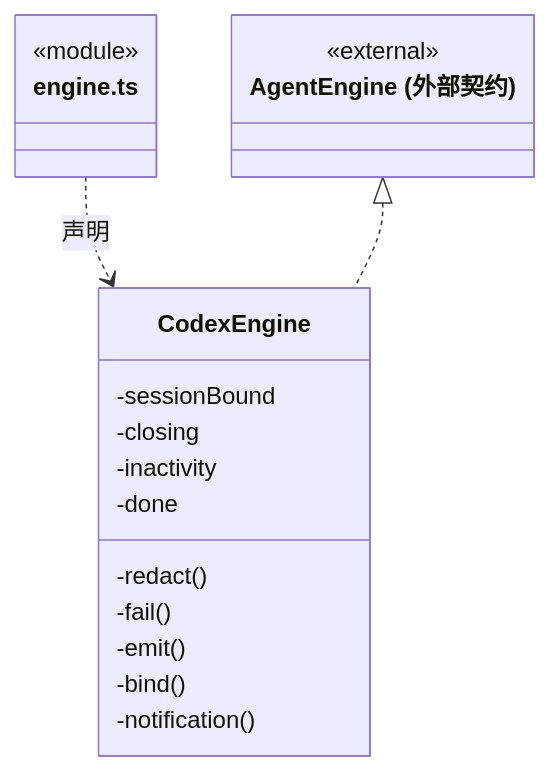
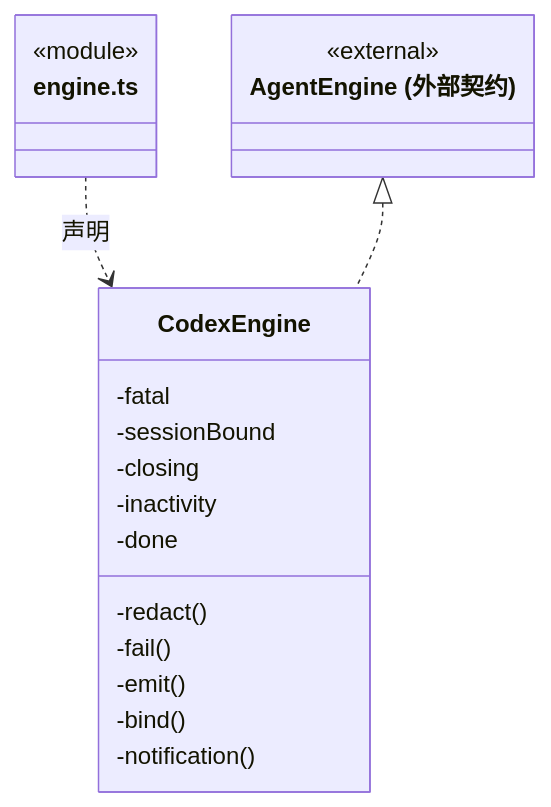
One commit to nan023062/cbim changed the fourth of 13 diagrams in src/logic/execution/engines/codex/ARCHITECTURE.md. Above: the diagram before and after it, drawn with Mermaid. The commit also changed other lines of this file and 139 other files, not shown here.

Commit message:
docs(architecture): add source reading paths and complete file inventories

````diff
--- a/src/logic/execution/engines/codex/ARCHITECTURE.md
+++ b/src/logic/execution/engines/codex/ARCHITECTURE.md
@@ -93,22 +97,23 @@
 ```mermaid
 classDiagram
 class N_src_logic_execution_engines_codex_engine_ts["engine.ts"] {
   <<module>>
 }
 class N_src_logic_execution_engines_codex_engine_ts_CodexEngine["CodexEngine"] {
+  -fatal
   -sessionBound
   -closing
   -inactivity
   -done
   -redact()
   -fail()
   -emit()
   -bind()
   -notification()
 }
 N_src_logic_execution_engines_codex_engine_ts ..> N_src_logic_execution_engines_codex_engine_ts_CodexEngine : 声明
 class N_src_logic_execution_engines_codex_engine_ts_external_AgentEngine["AgentEngine (外部契约)"] {
   <<external>>
 }
 N_src_logic_execution_engines_codex_engine_ts_external_AgentEngine <|.. N_src_logic_execution_engines_codex_engine_ts_CodexEngine
 ```
````
